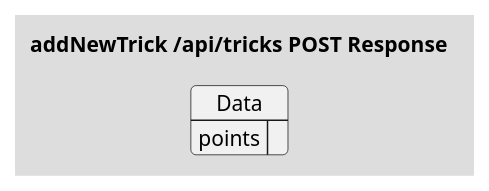
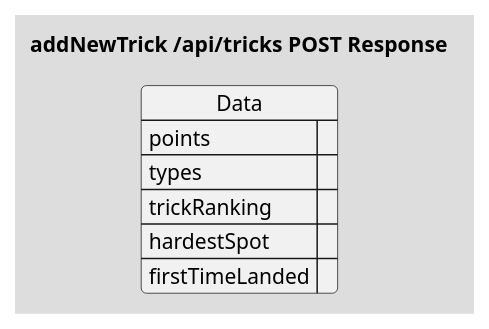
Before and after one commit to crah-app/diagrams: the second of 2 diagrams in api/src/Tricks/POST/addNewTrick.puml, drawn with PlantUML. The commit also changed other lines of this file and 2 other files, not shown here.

Commit message:
Updated Trick for UI and AllTricks table

```diff
--- a/api/src/Tricks/POST/addNewTrick.puml
+++ b/api/src/Tricks/POST/addNewTrick.puml
@@ -44,9 +56,13 @@
 @startuml addNewTrick-Response
 !theme toy
 skinparam linetype ortho
 title "addNewTrick /api/tricks POST Response"
 
 json Data  {
-    "points": ""
+    "points": "",
+    "types": [],
+    "trickRanking": "",
+    "hardestSpot": "",
+    "firstTimeLanded": ""
 }
 @enduml
```
